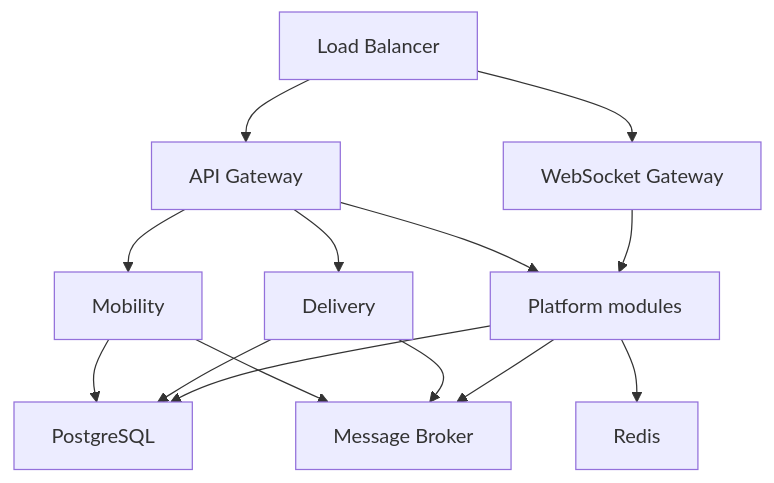
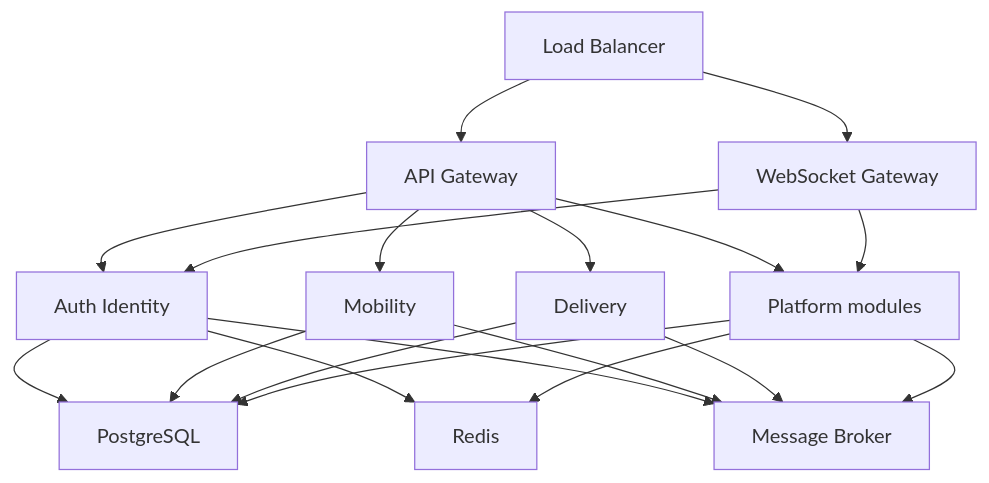
One commit to mostafiz57/Software-Architecture-Playbook changed diagram 16 of 16 in case-studies/mobility-delivery-platform/README.md. Above: the diagram before and after it, drawn with Mermaid. The commit also changed other lines of this file, not shown here.

Commit message:
added auth platfrom

````diff
--- a/case-studies/mobility-delivery-platform/README.md
+++ b/case-studies/mobility-delivery-platform/README.md
@@ -403,16 +521,21 @@
 ```mermaid
 flowchart TB
   LB["Load Balancer"] --> REST["API Gateway"]
   LB --> WS["WebSocket Gateway"]
+  REST --> Auth["Auth Identity"]
   REST --> Mob["Mobility"]
   REST --> Del["Delivery"]
   REST --> Plat["Platform modules"]
+  WS --> Auth
   WS --> Plat
-  Mob --> PG["PostgreSQL"]
+  Auth --> PG["PostgreSQL"]
+  Mob --> PG
   Del --> PG
   Plat --> PG
-  Plat --> Redis["Redis"]
-  Mob --> MQ["Message Broker"]
+  Auth --> Redis["Redis"]
+  Plat --> Redis
+  Auth --> MQ["Message Broker"]
+  Mob --> MQ
   Del --> MQ
   Plat --> MQ
 ```
````
